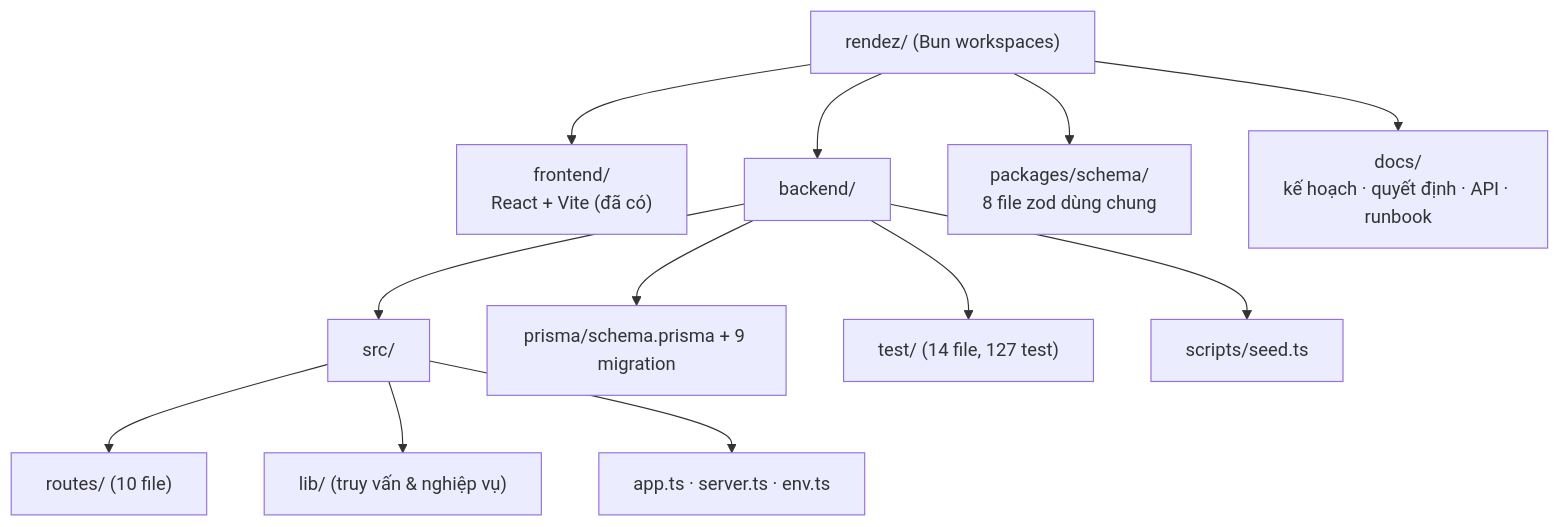
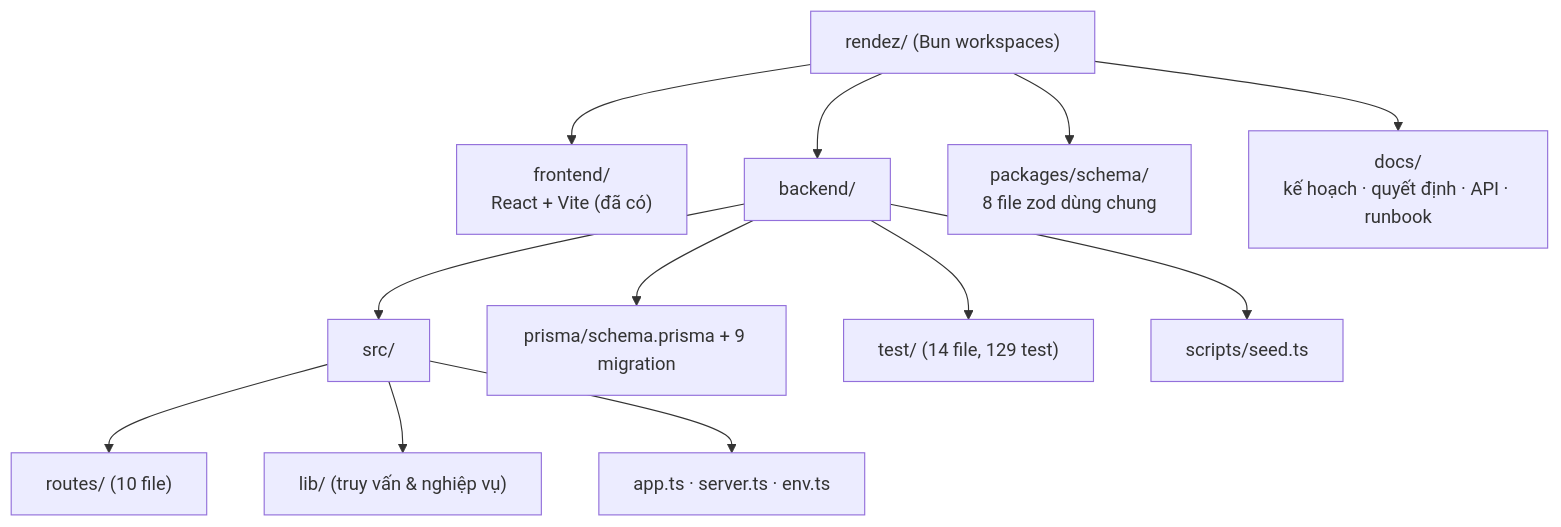
Before and after one commit to longqt321/Rendez-PBL6: the sixth of 14 diagrams in docs/bao-cao/BAO-CAO-DO-AN.md, drawn with Mermaid. The commit also changed other lines of this file and 3 other files, not shown here.

````diff
--- a/docs/bao-cao/BAO-CAO-DO-AN.md
+++ b/docs/bao-cao/BAO-CAO-DO-AN.md
@@ -442,15 +442,15 @@
 ```mermaid
 flowchart TB
   Root["rendez/ (Bun workspaces)"]
   Root --> FE["frontend/<br/>React + Vite (đã có)"]
   Root --> BE["backend/"]
   Root --> PKG["packages/schema/<br/>8 file zod dùng chung"]
   Root --> DOC["docs/<br/>kế hoạch · quyết định · API · runbook"]
   BE --> SRC["src/"]
   SRC --> R["routes/ (10 file)"]
   SRC --> L["lib/ (truy vấn & nghiệp vụ)"]
   SRC --> I["app.ts · server.ts · env.ts"]
   BE --> PR["prisma/schema.prisma + 9 migration"]
-  BE --> T["test/ (14 file, 127 test)"]
+  BE --> T["test/ (14 file, 129 test)"]
   BE --> SC["scripts/seed.ts"]
 ```
````
